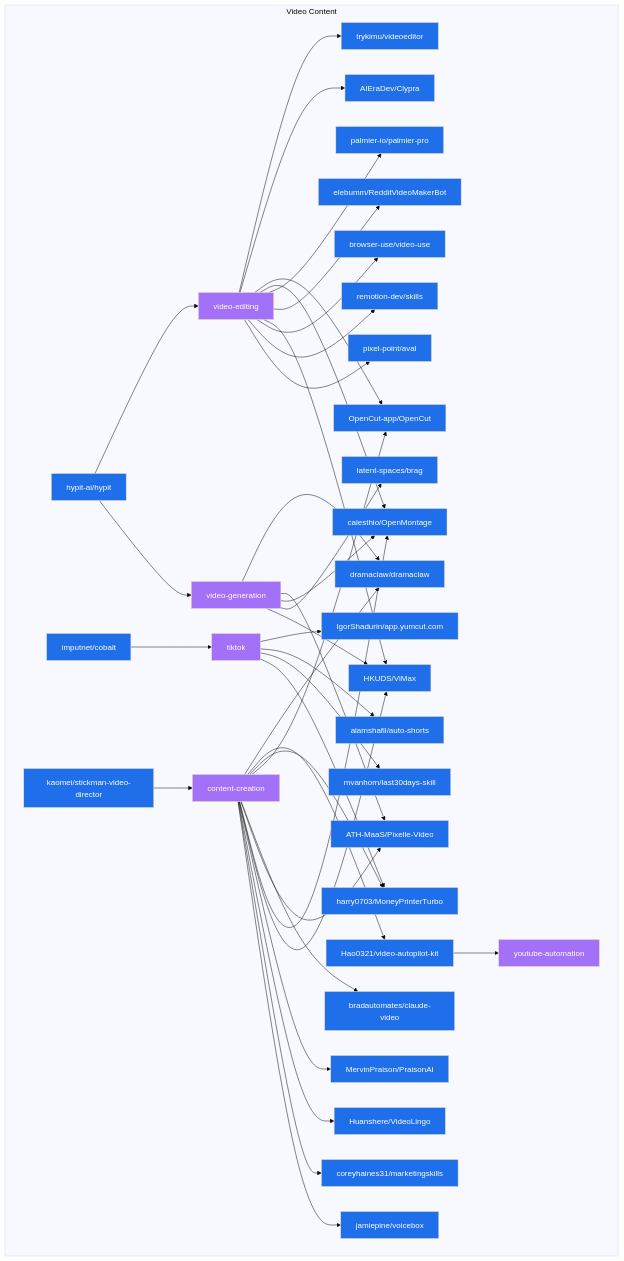
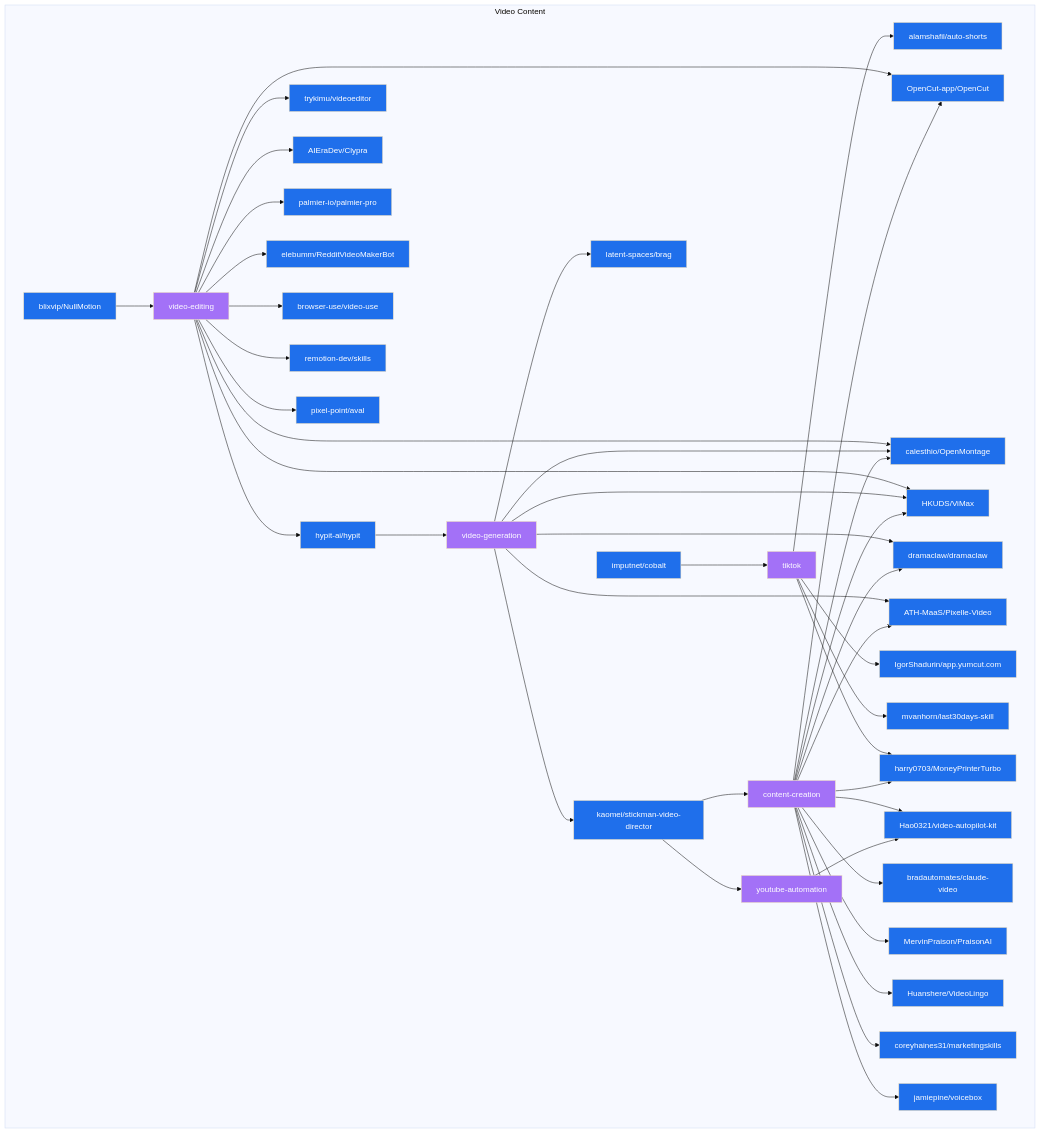
Before and after one commit to Meru143/star-graph: the diagram in data/star_graph_video_content.mermaid, drawn with Mermaid (base theme). The commit also changed 15 other files, not shown here.

Commit message:
chore: weekly star graph update 2026-11-02

```diff
--- a/data/star_graph_video_content.mermaid
+++ b/data/star_graph_video_content.mermaid
@@ -1,75 +1,79 @@
 graph TD
   subgraph video_content ["Video Content"]
+    alamshafil_auto_shorts["alamshafil/auto-shorts"]:::repo
+    pixel_point_aval["pixel-point/aval"]:::repo
+    blixvip_NullMotion["blixvip/NullMotion"]:::repo
+    mvanhorn_last30days_skill["mvanhorn/last30days-skill"]:::repo
+    hypit_ai_hypit["hypit-ai/hypit"]:::repo
+    Hao0321_video_autopilot_kit["Hao0321/video-autopilot-kit"]:::repo
+    video_editing["video-editing"]:::topic
+    AIEraDev_Clypra["AIEraDev/Clypra"]:::repo
+    elebumm_RedditVideoMakerBot["elebumm/RedditVideoMakerBot"]:::repo
+    IgorShadurin_app_yumcut_com["IgorShadurin/app.yumcut.com"]:::repo
+    imputnet_cobalt["imputnet/cobalt"]:::repo
+    kaomei_stickman_video_director["kaomei/stickman-video-director"]:::repo
+    dramaclaw_dramaclaw["dramaclaw/dramaclaw"]:::repo
+    bradautomates_claude_video["bradautomates/claude-video"]:::repo
     harry0703_MoneyPrinterTurbo["harry0703/MoneyPrinterTurbo"]:::repo
+    coreyhaines31_marketingskills["coreyhaines31/marketingskills"]:::repo
+    video_generation["video-generation"]:::topic
+    content_creation["content-creation"]:::topic
+    trykimu_videoeditor["trykimu/videoeditor"]:::repo
+    latent_spaces_brag["latent-spaces/brag"]:::repo
+    calesthio_OpenMontage["calesthio/OpenMontage"]:::repo
+    Huanshere_VideoLingo["Huanshere/VideoLingo"]:::repo
+    remotion_dev_skills["remotion-dev/skills"]:::repo
+    browser_use_video_use["browser-use/video-use"]:::repo
+    HKUDS_ViMax["HKUDS/ViMax"]:::repo
+    OpenCut_app_OpenCut["OpenCut-app/OpenCut"]:::repo
+    youtube_automation["youtube-automation"]:::topic
+    tiktok["tiktok"]:::topic
+    ATH_MaaS_Pixelle_Video["ATH-MaaS/Pixelle-Video"]:::repo
+    jamiepine_voicebox["jamiepine/voicebox"]:::repo
     MervinPraison_PraisonAI["MervinPraison/PraisonAI"]:::repo
-    bradautomates_claude_video["bradautomates/claude-video"]:::repo
-    mvanhorn_last30days_skill["mvanhorn/last30days-skill"]:::repo
-    kaomei_stickman_video_director["kaomei/stickman-video-director"]:::repo
-    IgorShadurin_app_yumcut_com["IgorShadurin/app.yumcut.com"]:::repo
-    calesthio_OpenMontage["calesthio/OpenMontage"]:::repo
-    browser_use_video_use["browser-use/video-use"]:::repo
-    Huanshere_VideoLingo["Huanshere/VideoLingo"]:::repo
-    ATH_MaaS_Pixelle_Video["ATH-MaaS/Pixelle-Video"]:::repo
-    video_editing["video-editing"]:::topic
-    hypit_ai_hypit["hypit-ai/hypit"]:::repo
     palmier_io_palmier_pro["palmier-io/palmier-pro"]:::repo
-    youtube_automation["youtube-automation"]:::topic
-    HKUDS_ViMax["HKUDS/ViMax"]:::repo
-    elebumm_RedditVideoMakerBot["elebumm/RedditVideoMakerBot"]:::repo
-    trykimu_videoeditor["trykimu/videoeditor"]:::repo
-    tiktok["tiktok"]:::topic
-    jamiepine_voicebox["jamiepine/voicebox"]:::repo
-    remotion_dev_skills["remotion-dev/skills"]:::repo
-    OpenCut_app_OpenCut["OpenCut-app/OpenCut"]:::repo
-    coreyhaines31_marketingskills["coreyhaines31/marketingskills"]:::repo
-    imputnet_cobalt["imputnet/cobalt"]:::repo
-    dramaclaw_dramaclaw["dramaclaw/dramaclaw"]:::repo
-    pixel_point_aval["pixel-point/aval"]:::repo
-    content_creation["content-creation"]:::topic
-    AIEraDev_Clypra["AIEraDev/Clypra"]:::repo
-    video_generation["video-generation"]:::topic
-    latent_spaces_brag["latent-spaces/brag"]:::repo
-    Hao0321_video_autopilot_kit["Hao0321/video-autopilot-kit"]:::repo
-    alamshafil_auto_shorts["alamshafil/auto-shorts"]:::repo
   end
-  hypit_ai_hypit --> video_editing
-  hypit_ai_hypit --> video_generation
+  blixvip_NullMotion --> video_editing
+  video_editing --> hypit_ai_hypit
   video_editing --> trykimu_videoeditor
   video_editing --> AIEraDev_Clypra
   video_editing --> OpenCut_app_OpenCut
   video_editing --> calesthio_OpenMontage
   video_editing --> palmier_io_palmier_pro
   video_editing --> elebumm_RedditVideoMakerBot
   video_editing --> HKUDS_ViMax
   video_editing --> browser_use_video_use
   video_editing --> remotion_dev_skills
   video_editing --> pixel_point_aval
+  hypit_ai_hypit --> video_generation
+  video_generation --> kaomei_stickman_video_director
   video_generation --> dramaclaw_dramaclaw
   video_generation --> ATH_MaaS_Pixelle_Video
   video_generation --> calesthio_OpenMontage
   video_generation --> latent_spaces_brag
   video_generation --> HKUDS_ViMax
   imputnet_cobalt --> tiktok
   tiktok --> IgorShadurin_app_yumcut_com
   tiktok --> alamshafil_auto_shorts
   tiktok --> mvanhorn_last30days_skill
   tiktok --> harry0703_MoneyPrinterTurbo
   kaomei_stickman_video_director --> content_creation
+  kaomei_stickman_video_director --> youtube_automation
   content_creation --> dramaclaw_dramaclaw
   content_creation --> Hao0321_video_autopilot_kit
   content_creation --> harry0703_MoneyPrinterTurbo
   content_creation --> OpenCut_app_OpenCut
   content_creation --> bradautomates_claude_video
   content_creation --> ATH_MaaS_Pixelle_Video
   content_creation --> calesthio_OpenMontage
   content_creation --> HKUDS_ViMax
   content_creation --> MervinPraison_PraisonAI
   content_creation --> Huanshere_VideoLingo
   content_creation --> coreyhaines31_marketingskills
   content_creation --> jamiepine_voicebox
-  Hao0321_video_autopilot_kit --> youtube_automation
+  youtube_automation --> Hao0321_video_autopilot_kit
   classDef repo fill:#1f6feb,color:#fff;
   classDef topic fill:#a371f7,color:#fff;
   classDef technology fill:#3fb950,color:#fff;
   classDef use_case fill:#d29922,color:#fff;
   classDef architecture fill:#f85149,color:#fff;
```
